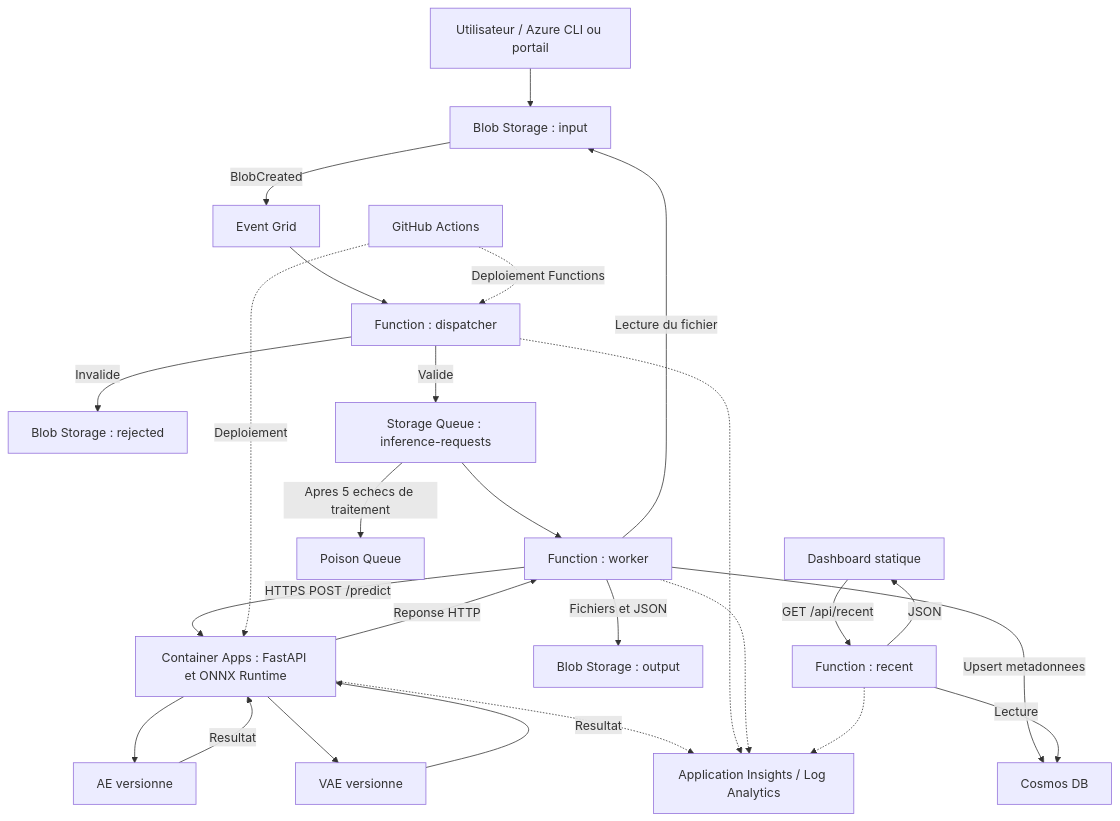
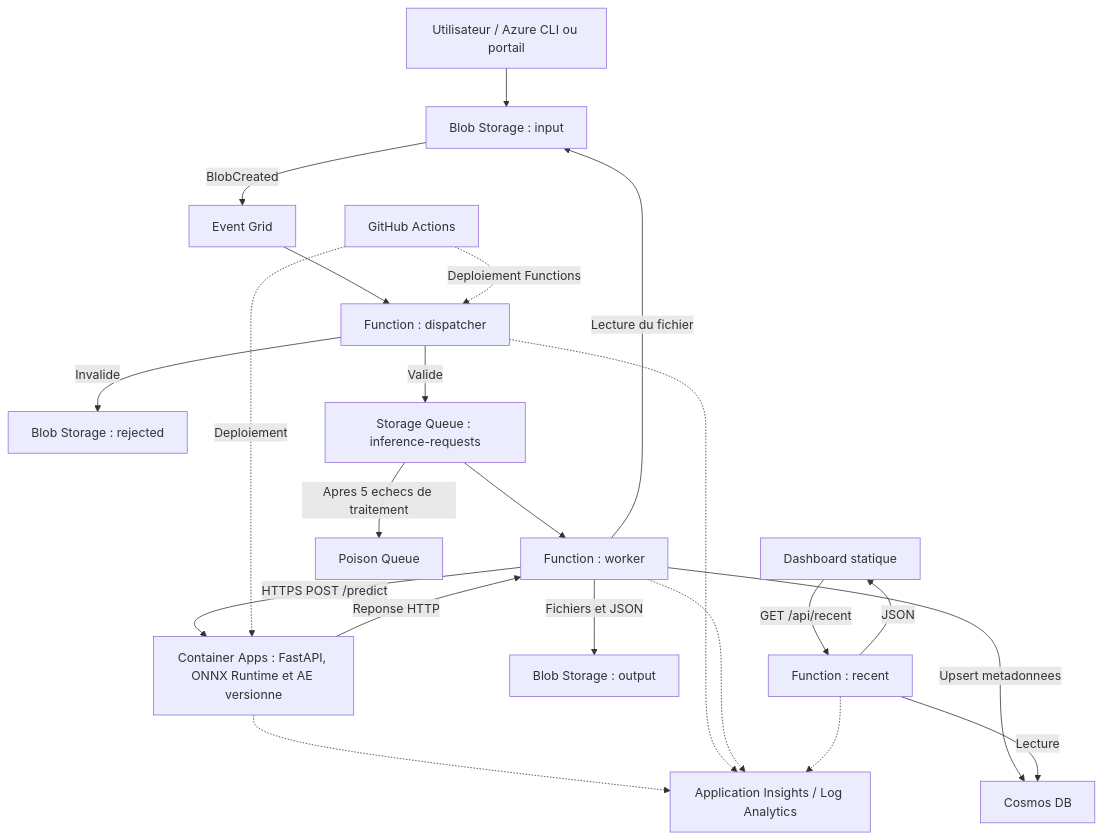
Before and after one commit to smartdoc-project/smartdoc: the second of 2 diagrams in README.md, drawn with Mermaid. The commit also changed other lines of this file, not shown here.

````diff
--- a/README.md
+++ b/README.md
@@ -89,28 +77,24 @@
 ```mermaid
 flowchart TD
     U[Utilisateur / Azure CLI ou portail] --> B[Blob Storage : input]
     B -->|BlobCreated| E[Event Grid]
     E --> D[Function : dispatcher]
     D -->|Invalide| R[Blob Storage : rejected]
     D -->|Valide| Q[Storage Queue : inference-requests]
     Q --> W[Function : worker]
     W -->|Lecture du fichier| B
-    W -->|HTTPS POST /predict| A[Container Apps : FastAPI et ONNX Runtime]
-    A --> AE[AE versionne]
-    A --> VAE[VAE versionne]
-    AE -->|Resultat| A
-    VAE -->|Resultat| A
+    W -->|HTTPS POST /predict| A[Container Apps : FastAPI, ONNX Runtime et AE versionne]
     A -->|Reponse HTTP| W
     W -->|Fichiers et JSON| O[Blob Storage : output]
     W -->|Upsert metadonnees| C[Cosmos DB]
     Q -->|Apres 5 echecs de traitement| P[Poison Queue]
     H[Dashboard statique] -->|GET /api/recent| F[Function : recent]
     F -->|Lecture| C
     F -->|JSON| H
     G[GitHub Actions] -.->|Deploiement| A
     G -.->|Deploiement Functions| D
     A -.-> I[Application Insights / Log Analytics]
     D -.-> I
     W -.-> I
     F -.-> I
 ```
````
